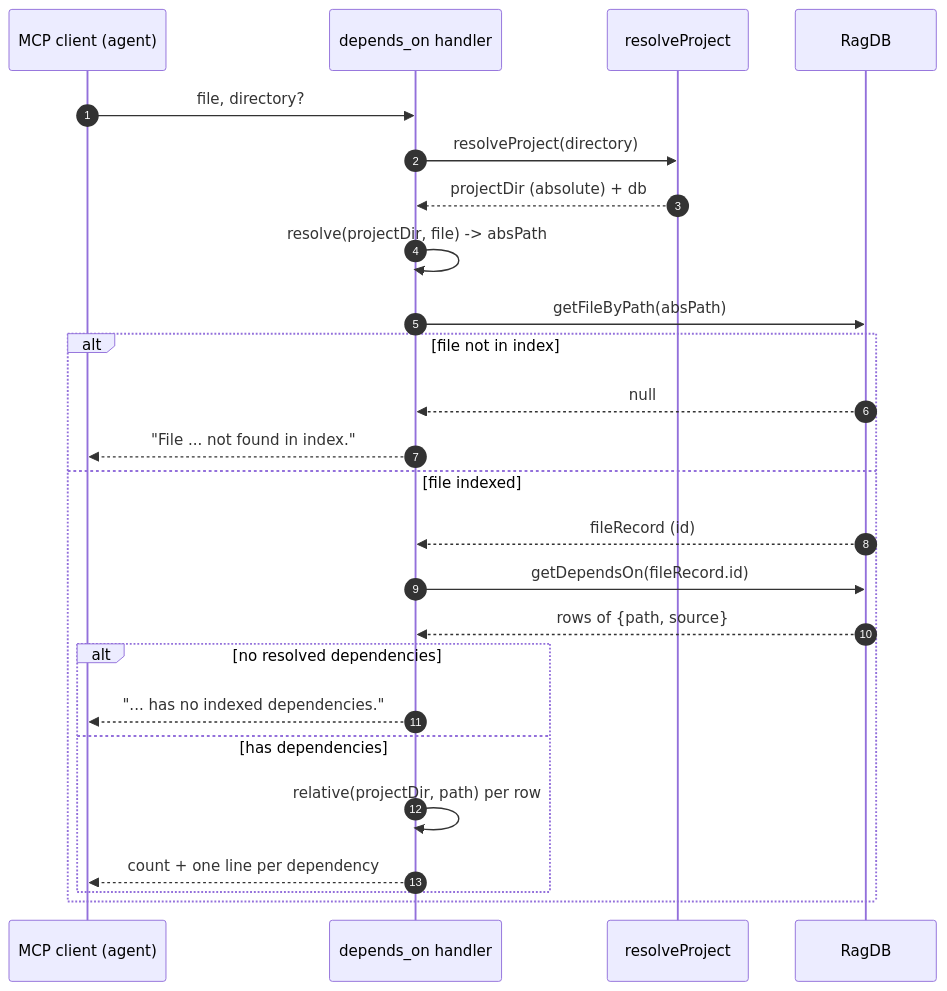
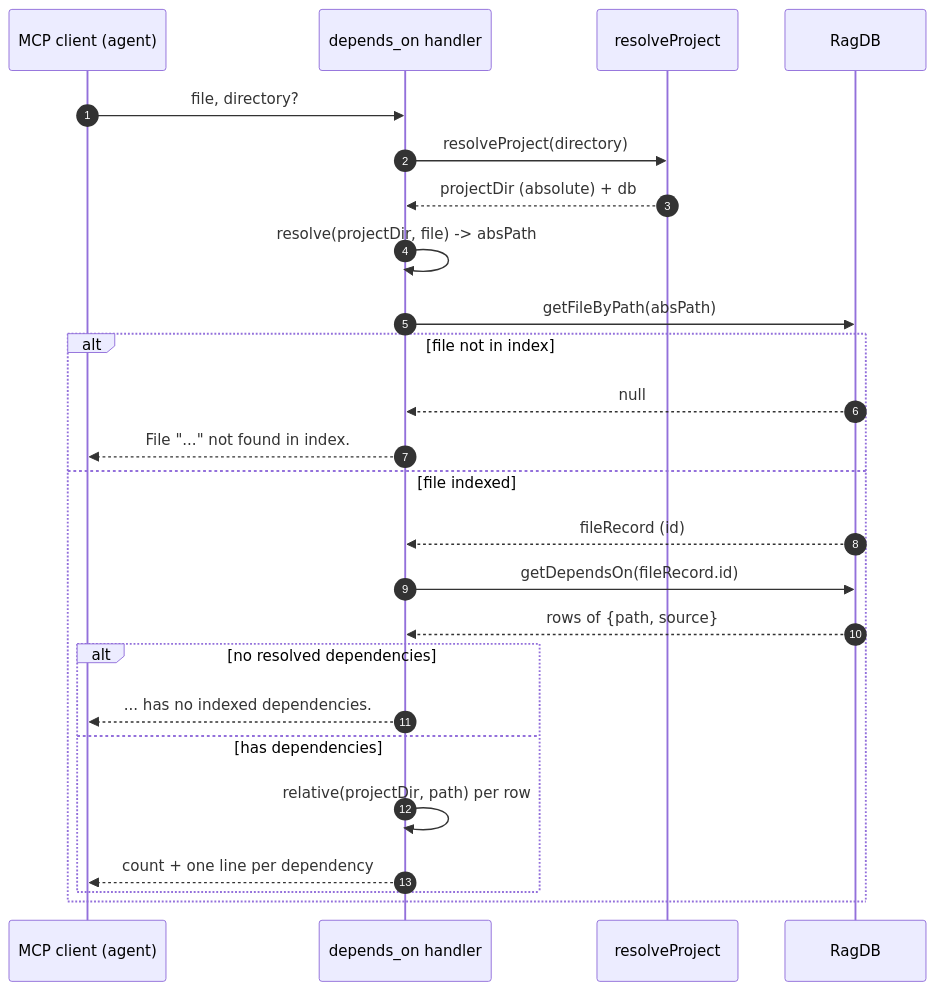
Before and after one commit to TheWinci/mimirs: the diagram in wiki/tools/depends-on.md, drawn with Mermaid. The commit also changed other lines of this file and 55 other files, not shown here.

````diff
--- a/wiki/tools/depends-on.md
+++ b/wiki/tools/depends-on.md
@@ -21,27 +21,27 @@
 ```mermaid
 sequenceDiagram
   autonumber
   participant Caller as MCP client (agent)
-  participant Tool as depends_on handler
+  participant Handler as depends_on handler
   participant Proj as resolveProject
   participant DB as RagDB
-  Caller->>Tool: file, directory?
-  Tool->>Proj: resolveProject(directory)
-  Proj-->>Tool: projectDir (absolute) + db
-  Tool->>Tool: resolve(projectDir, file) -> absPath
-  Tool->>DB: getFileByPath(absPath)
+  Caller->>Handler: file, directory?
+  Handler->>Proj: resolveProject(directory)
+  Proj-->>Handler: projectDir (absolute) + db
+  Handler->>Handler: resolve(projectDir, file) -> absPath
+  Handler->>DB: getFileByPath(absPath)
   alt file not in index
-    DB-->>Tool: null
-    Tool-->>Caller: "File ... not found in index."
+    DB-->>Handler: null
+    Handler-->>Caller: File "..." not found in index.
   else file indexed
-    DB-->>Tool: fileRecord (id)
-    Tool->>DB: getDependsOn(fileRecord.id)
-    DB-->>Tool: rows of {path, source}
+    DB-->>Handler: fileRecord (id)
+    Handler->>DB: getDependsOn(fileRecord.id)
+    DB-->>Handler: rows of {path, source}
     alt no resolved dependencies
-      Tool-->>Caller: "... has no indexed dependencies."
+      Handler-->>Caller: ... has no indexed dependencies.
     else has dependencies
-      Tool->>Tool: relative(projectDir, path) per row
-      Tool-->>Caller: count + one line per dependency
+      Handler->>Handler: relative(projectDir, path) per row
+      Handler-->>Caller: count + one line per dependency
     end
   end
 ```
````
